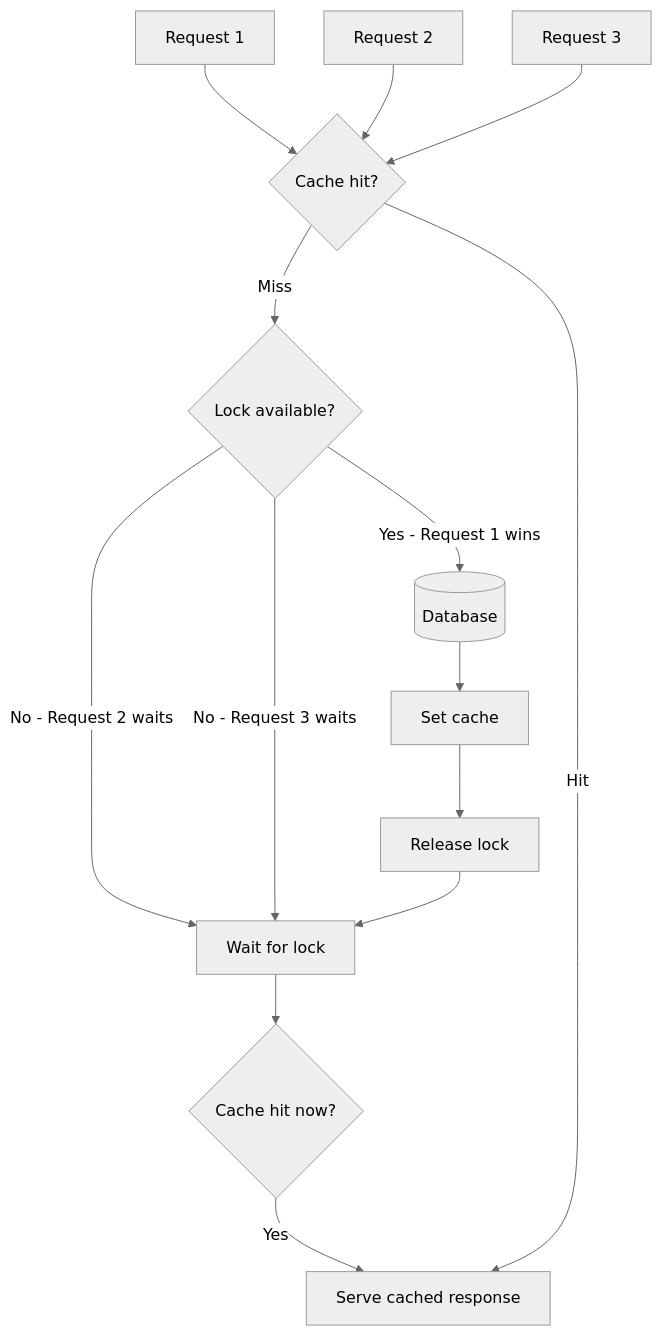
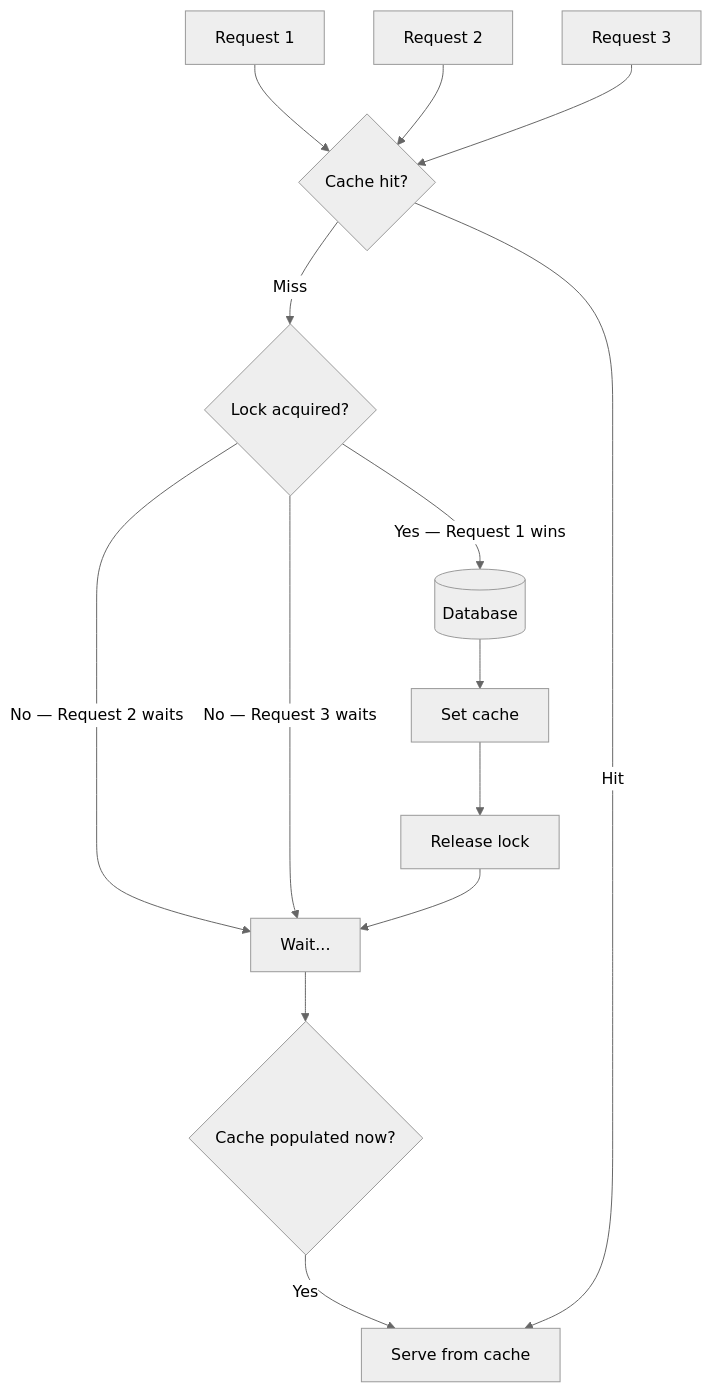
One commit to g-savitha/portfolio changed the fourth of 7 diagrams in content/posts/39-caching-strategies.md. Above: the diagram before and after it, drawn with Mermaid (neutral theme). The commit also changed other lines of this file, not shown here.

````diff
--- a/content/posts/39-caching-strategies.md
+++ b/content/posts/39-caching-strategies.md
@@ -116,16 +194,16 @@
 ```mermaid
 flowchart TD
     R1[Request 1] --> C{Cache hit?}
     R2[Request 2] --> C
     R3[Request 3] --> C
-    C -->|Miss| L{Lock available?}
-    L -->|Yes - Request 1 wins| DB[(Database)]
-    L -->|No - Request 2 waits| W[Wait for lock]
-    L -->|No - Request 3 waits| W
+    C -->|Miss| L{Lock acquired?}
+    L -->|Yes — Request 1 wins| DB[(Database)]
+    L -->|No — Request 2 waits| W[Wait...]
+    L -->|No — Request 3 waits| W
     DB --> S[Set cache]
     S --> RL[Release lock]
     RL --> W
-    W --> C2{Cache hit now?}
-    C2 -->|Yes| Resp[Serve cached response]
+    W --> C2{Cache populated now?}
+    C2 -->|Yes| Resp[Serve from cache]
     C -->|Hit| Resp
 ```
````
